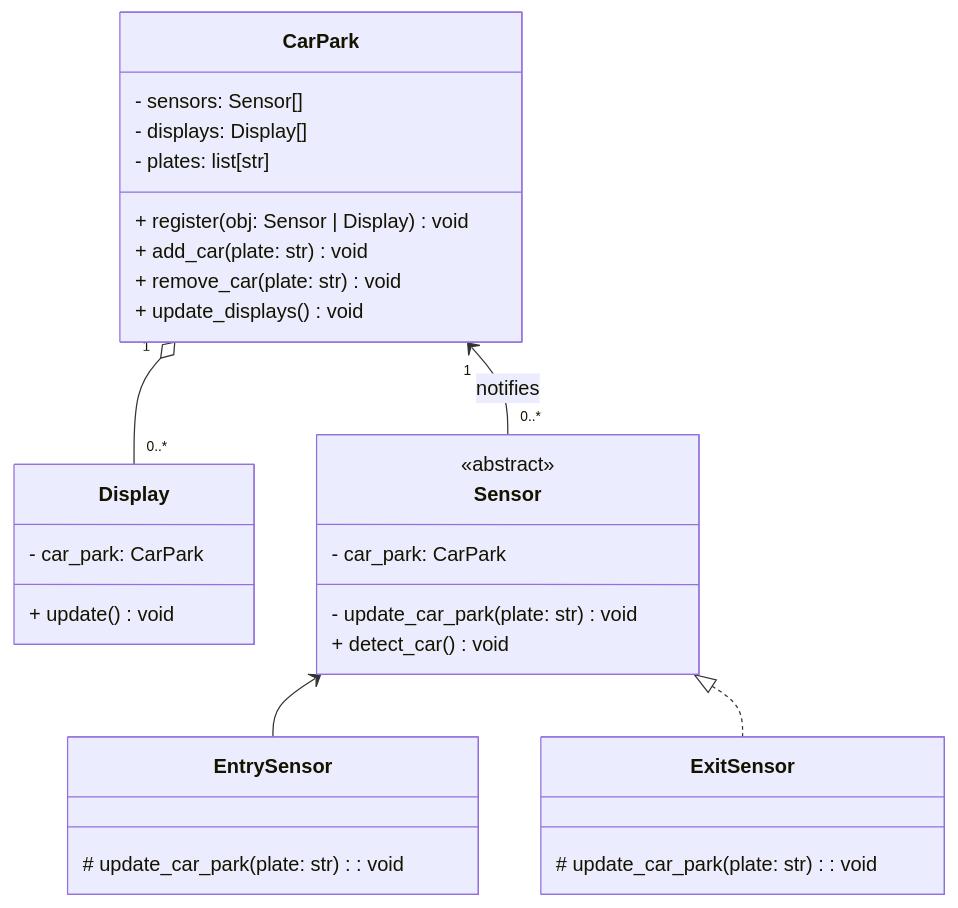
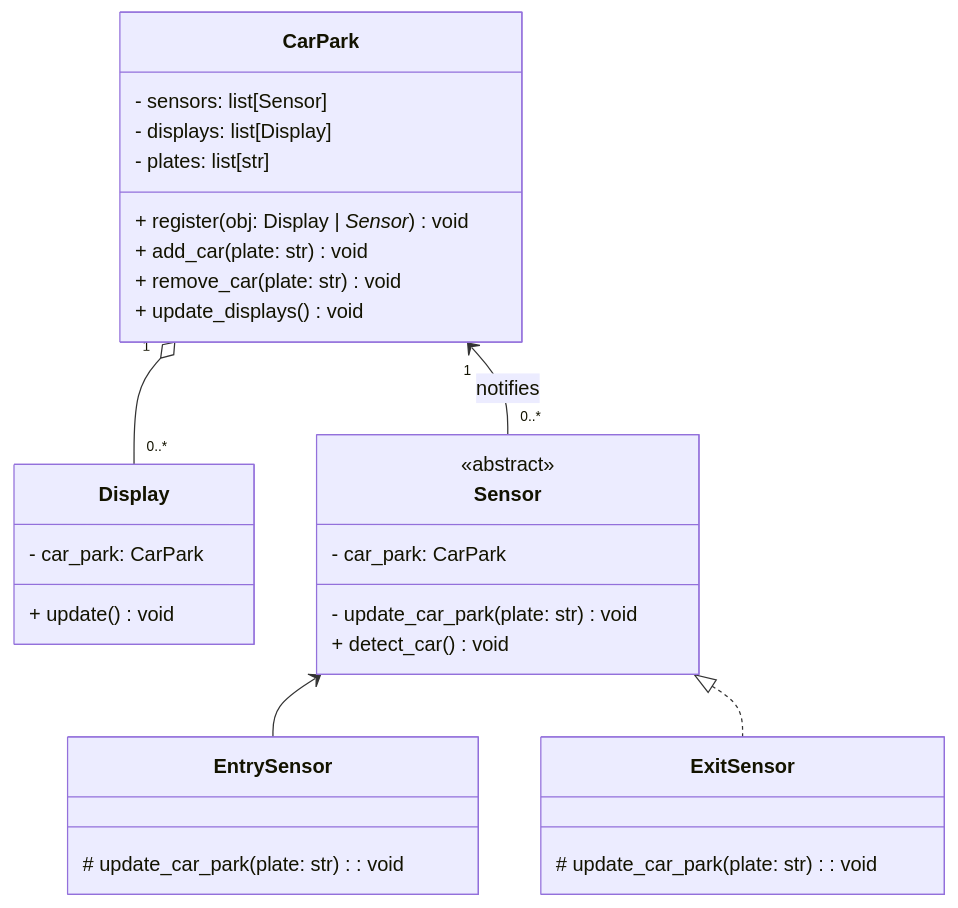
Before and after one commit to NM-TAFE/civ-ipriot-in-class-demos: the second of 4 diagrams in assessments/prj/carpark-guide.md, drawn with Mermaid. The commit also changed other lines of this file and 1 other file, not shown here.

````diff
--- a/assessments/prj/carpark-guide.md
+++ b/assessments/prj/carpark-guide.md
@@ -257,35 +256,35 @@
 ```mermaid
 classDiagram
       CarPark "1" o-- "0..*" Display
       CarPark "1" <-- "0..*" Sensor : notifies
       Sensor <-- EntrySensor
       Sensor <|.. ExitSensor
 
 
       class CarPark {
-         - sensors: Sensor[]
-         - displays: Display[]
+         - sensors: list[Sensor]
+         - displays: list[Display]
          - plates: list[str]
-         + register(obj: Sensor | Display) void
+         + register(obj: Display | _Sensor_) void
          + add_car(plate: str) void
          + remove_car(plate: str) void
          + update_displays() void
       }
       class Sensor {
          <<abstract>>
          - car_park: CarPark
          - update_car_park(plate: str) void
          + detect_car() void
       }
       class EntrySensor{
          # update_car_park(plate: str): void
 
       }
       class ExitSensor{
          # update_car_park(plate: str): void
       }
       class Display {
          - car_park: CarPark
          + update() void
       }
 ```
````
